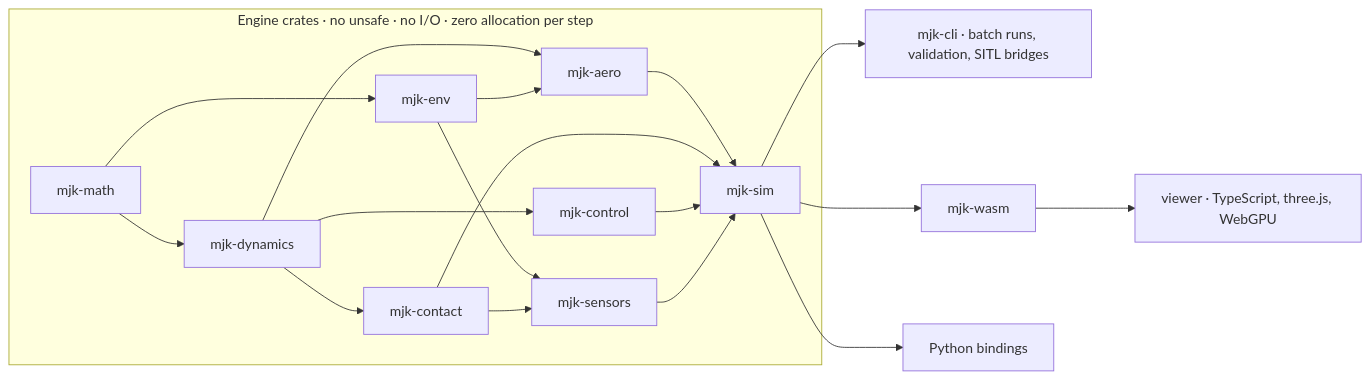
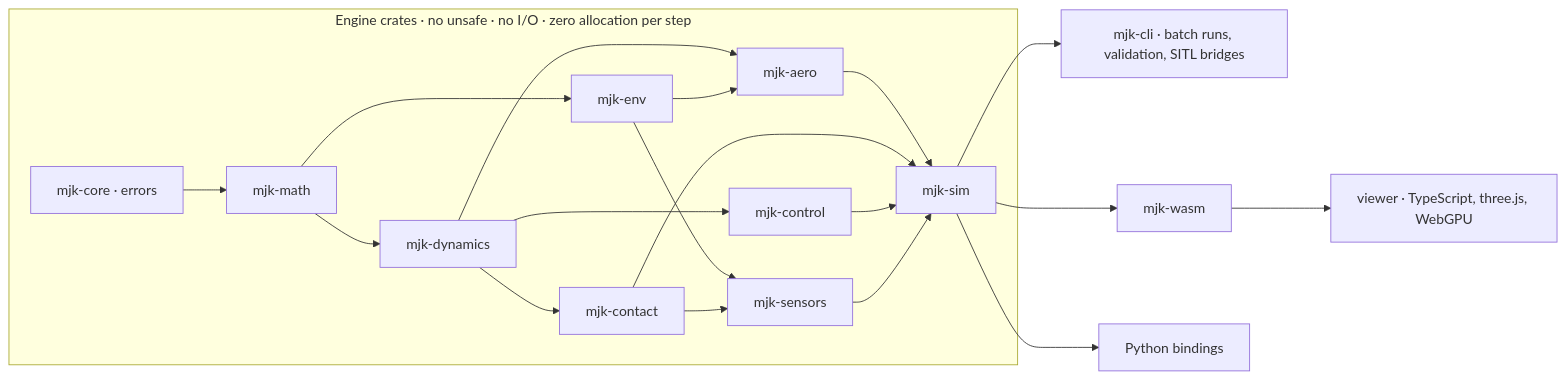
The diagram in README.md (MatthewK84/MJKPhysics), drawn with Mermaid before and after one commit. The commit also changed other lines of this file and 36 other files, not shown here.

````diff
--- a/README.md
+++ b/README.md
@@ -162,21 +162,22 @@
 ```mermaid
 flowchart LR
   subgraph engine["Engine crates · no unsafe · no I/O · zero allocation per step"]
-    math["mjk-math"] --> dynamics["mjk-dynamics"]
+    core["mjk-core · errors"] --> math["mjk-math"]
+    math --> dynamics["mjk-dynamics"]
     math --> env["mjk-env"]
     dynamics --> aero["mjk-aero"]
     env --> aero
     dynamics --> contact["mjk-contact"]
     dynamics --> control["mjk-control"]
     env --> sensors["mjk-sensors"]
     contact --> sensors
     aero --> sim["mjk-sim"]
     contact --> sim
     control --> sim
     sensors --> sim
   end
   sim --> cli["mjk-cli · batch runs, validation, SITL bridges"]
   sim --> wasm["mjk-wasm"]
   wasm --> viewer["viewer · TypeScript, three.js, WebGPU"]
   sim --> py["Python bindings"]
 ```
````
